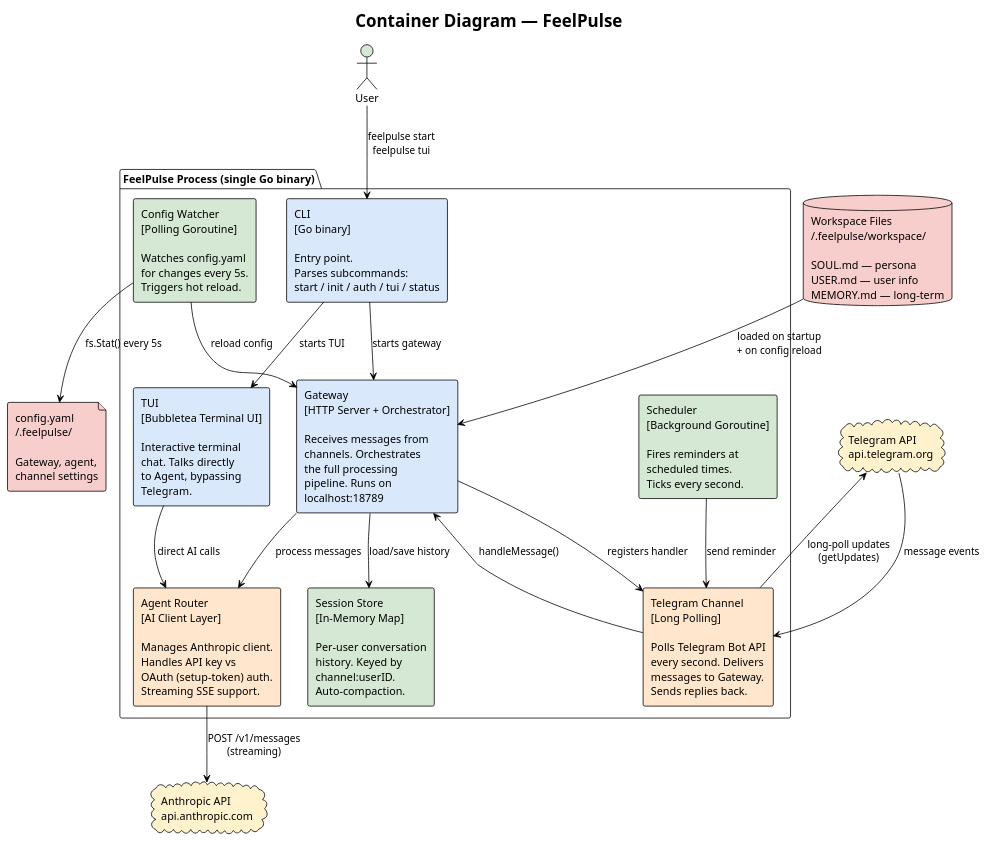
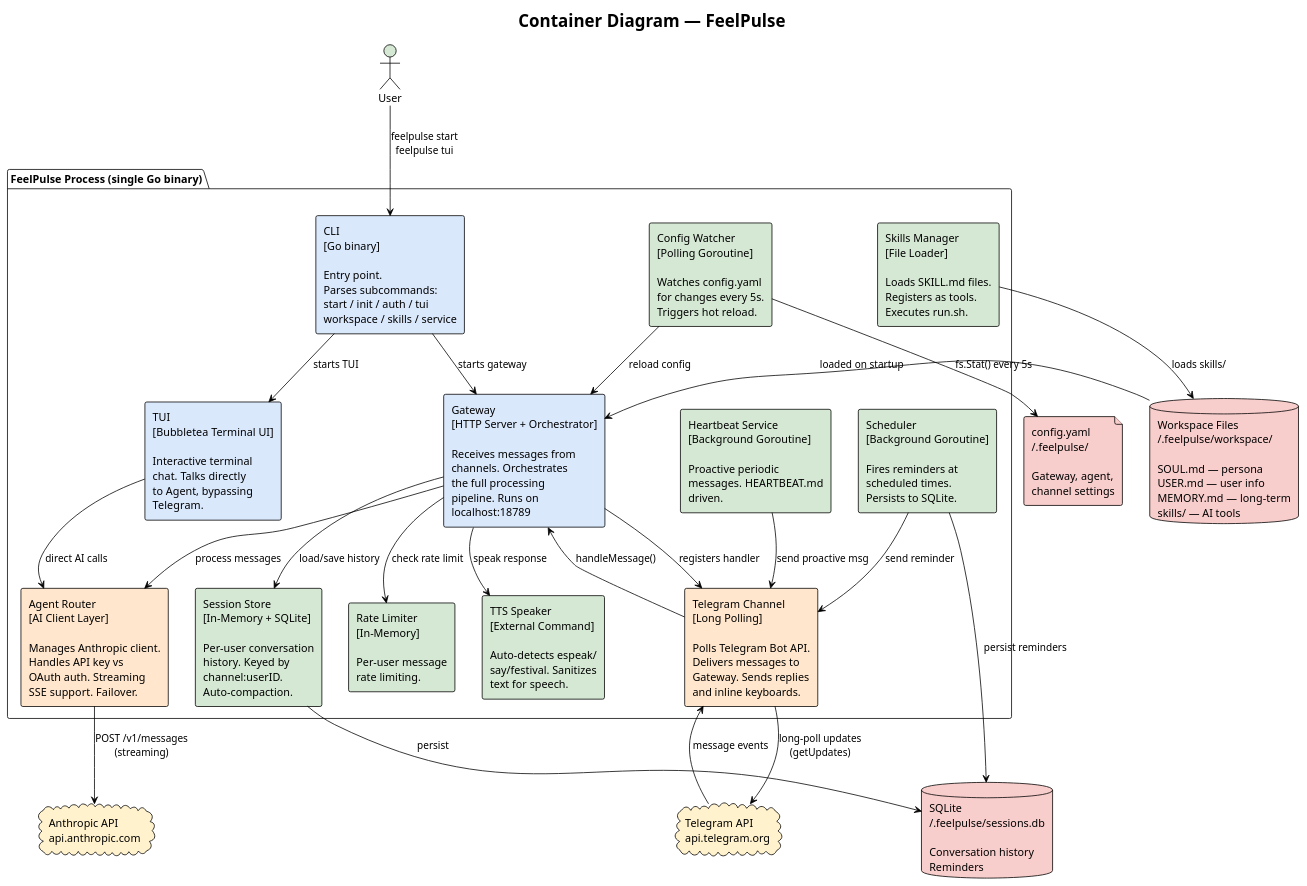
One commit to FeelPulse/feelpulse changed the second of 8 diagrams in docs/c4-architecture.md. Above: the diagram before and after it, drawn with PlantUML. The commit also changed other lines of this file and 3 other files, not shown here.

First line of the commit message:
docs: comprehensive README, TODO, and architecture updates

````diff
--- a/docs/c4-architecture.md
+++ b/docs/c4-architecture.md
@@ -61,54 +66,70 @@
 ```plantuml
 @startuml c4-container
 !theme plain
 allowmixing
 skinparam backgroundColor #FFFFFF
 skinparam defaultFontName monospace
 
 title Container Diagram — FeelPulse
 
 actor "User" as User #d5e8d4
 
 package "FeelPulse Process (single Go binary)" {
 
-  rectangle "CLI\n[Go binary]\n\nEntry point.\nParses subcommands:\nstart / init / auth / tui / status" as CLI #dae8fc
+  rectangle "CLI\n[Go binary]\n\nEntry point.\nParses subcommands:\nstart / init / auth / tui\nworkspace / skills / service" as CLI #dae8fc
 
   rectangle "Gateway\n[HTTP Server + Orchestrator]\n\nReceives messages from\nchannels. Orchestrates\nthe full processing\npipeline. Runs on\nlocalhost:18789" as GW #dae8fc
 
   rectangle "TUI\n[Bubbletea Terminal UI]\n\nInteractive terminal\nchat. Talks directly\nto Agent, bypassing\nTelegram." as TUI #dae8fc
 
-  rectangle "Telegram Channel\n[Long Polling]\n\nPolls Telegram Bot API\nevery second. Delivers\nmessages to Gateway.\nSends replies back." as CH #ffe6cc
+  rectangle "Telegram Channel\n[Long Polling]\n\nPolls Telegram Bot API.\nDelivers messages to\nGateway. Sends replies\nand inline keyboards." as CH #ffe6cc
 
-  rectangle "Agent Router\n[AI Client Layer]\n\nManages Anthropic client.\nHandles API key vs\nOAuth (setup-token) auth.\nStreaming SSE support." as AR #ffe6cc
+  rectangle "Agent Router\n[AI Client Layer]\n\nManages Anthropic client.\nHandles API key vs\nOAuth auth. Streaming\nSSE support. Failover." as AR #ffe6cc
 
-  rectangle "Session Store\n[In-Memory Map]\n\nPer-user conversation\nhistory. Keyed by\nchannel:userID.\nAuto-compaction." as SS #d5e8d4
+  rectangle "Session Store\n[In-Memory + SQLite]\n\nPer-user conversation\nhistory. Keyed by\nchannel:userID.\nAuto-compaction." as SS #d5e8d4
 
-  rectangle "Scheduler\n[Background Goroutine]\n\nFires reminders at\nscheduled times.\nTicks every second." as SC #d5e8d4
+  rectangle "Scheduler\n[Background Goroutine]\n\nFires reminders at\nscheduled times.\nPersists to SQLite." as SC #d5e8d4
+
+  rectangle "Heartbeat Service\n[Background Goroutine]\n\nProactive periodic\nmessages. HEARTBEAT.md\ndriven." as HB #d5e8d4
 
   rectangle "Config Watcher\n[Polling Goroutine]\n\nWatches config.yaml\nfor changes every 5s.\nTriggers hot reload." as CW #d5e8d4
+
+  rectangle "Rate Limiter\n[In-Memory]\n\nPer-user message\nrate limiting." as RL #d5e8d4
+
+  rectangle "TTS Speaker\n[External Command]\n\nAuto-detects espeak/\nsay/festival. Sanitizes\ntext for speech." as TTS #d5e8d4
+
+  rectangle "Skills Manager\n[File Loader]\n\nLoads SKILL.md files.\nRegisters as tools.\nExecutes run.sh." as SK #d5e8d4
 }
 
-database "Workspace Files\n~/.feelpulse/workspace/\n\nSOUL.md — persona\nUSER.md — user info\nMEMORY.md — long-term" as WS #f8cecc
+database "SQLite\n~/.feelpulse/sessions.db\n\nConversation history\nReminders" as SQL #f8cecc
+
+database "Workspace Files\n~/.feelpulse/workspace/\n\nSOUL.md — persona\nUSER.md — user info\nMEMORY.md — long-term\nskills/ — AI tools" as WS #f8cecc
 
 file "config.yaml\n~/.feelpulse/\n\nGateway, agent,\nchannel settings" as CFG #f8cecc
 
 cloud "Telegram API\napi.telegram.org" as TG #fff2cc
 cloud "Anthropic API\napi.anthropic.com" as ANT #fff2cc
 
 User --> CLI : feelpulse start\nfeelpulse tui
 CLI --> GW : starts gateway
 CLI --> TUI : starts TUI
 GW --> CH : registers handler
 CH --> TG : long-poll updates\n(getUpdates)
 TG --> CH : message events
 CH --> GW : handleMessage()
+GW --> RL : check rate limit
 GW --> SS : load/save history
+SS --> SQL : persist
 GW --> AR : process messages
 AR --> ANT : POST /v1/messages\n(streaming)
 TUI --> AR : direct AI calls
+SC --> SQL : persist reminders
 SC --> CH : send reminder
+HB --> CH : send proactive msg
 CW --> CFG : fs.Stat() every 5s
 CW --> GW : reload config
-WS --> GW : loaded on startup\n+ on config reload
+WS --> GW : loaded on startup
+SK --> WS : loads skills/
+GW --> TTS : speak response
 @enduml
 ```
````
